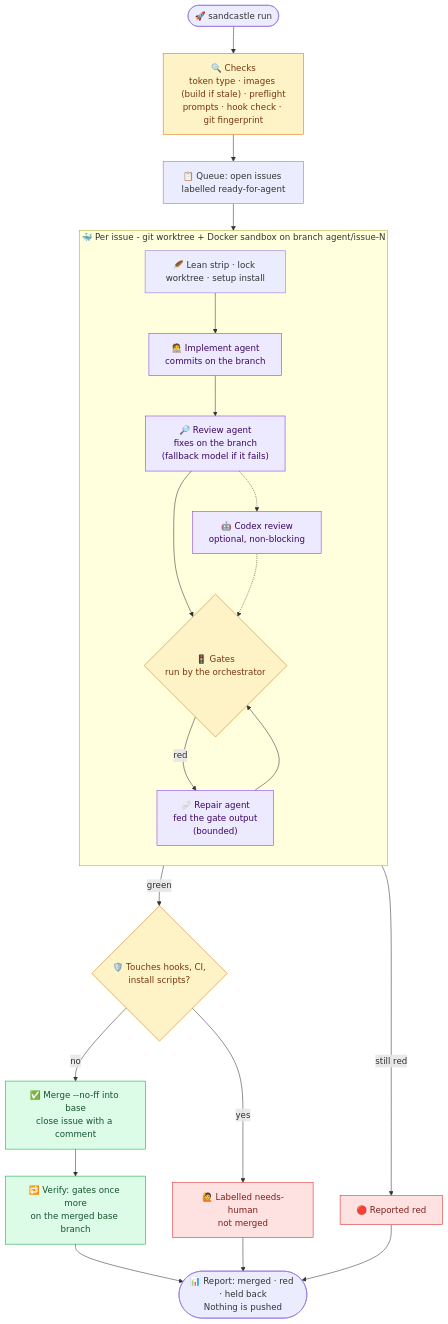
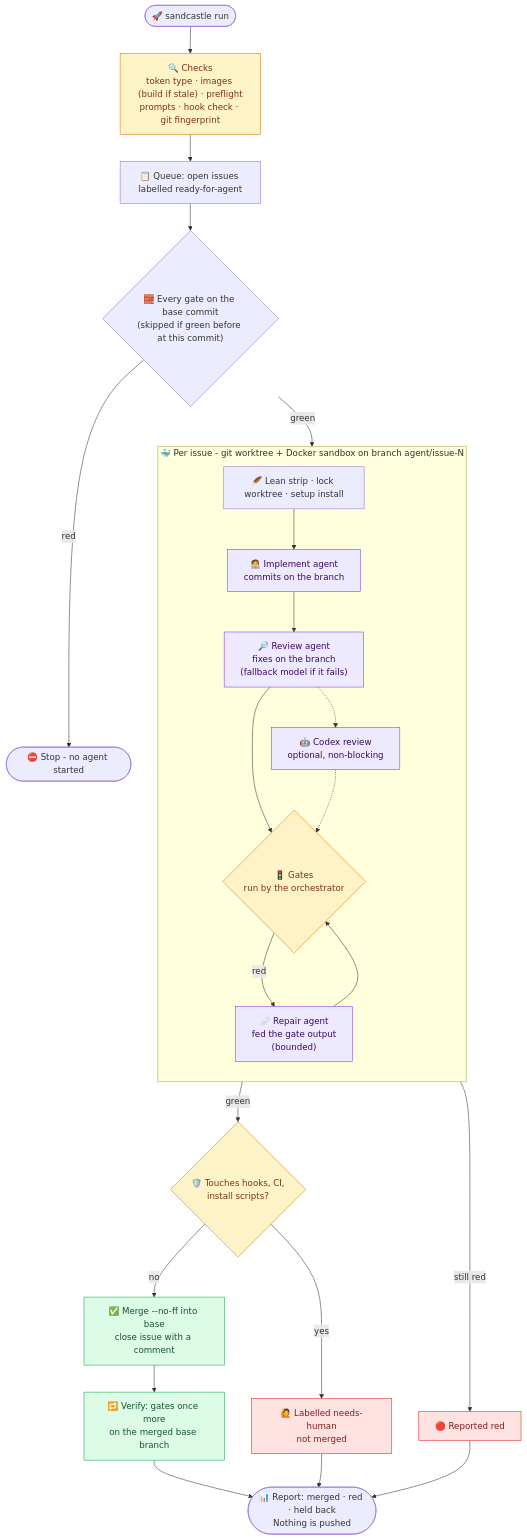
Before and after one commit to henkisdabro/sandcastle-kit: the second of 3 diagrams in README.md, drawn with Mermaid. The commit also changed other lines of this file and 13 other files, not shown here.

````diff
--- a/README.md
+++ b/README.md
@@ -143,35 +144,37 @@
 ```mermaid
 flowchart TD
     S(["🚀 sandcastle run"]) --> P["🔍 Checks<br/>token type · images (build if stale) · preflight<br/>prompts · hook check · git fingerprint"]
     P --> Q["📋 Queue: open issues labelled ready-for-agent"]
-    Q --> W
+    Q --> B{"🧱 Every gate on the base commit<br/>(skipped if green before at this commit)"}
+    B -- "red" --> STOP(["⛔ Stop - no agent started"])
+    B -- "green" --> W
 
     subgraph W ["🐳 Per issue - git worktree + Docker sandbox on branch agent/issue-N"]
         direction TB
         L["🪶 Lean strip · lock worktree · setup install"] --> I["🧑‍💻 Implement agent<br/>commits on the branch"]
         I --> R["🔎 Review agent<br/>fixes on the branch<br/>(fallback model if it fails)"]
         R -.-> X["🤖 Codex review<br/>optional, non-blocking"]
         R --> G{"🚦 Gates<br/>run by the orchestrator"}
         X -.-> G
         G -- "red" --> FX["🩹 Repair agent<br/>fed the gate output<br/>(bounded)"]
         FX --> G
     end
 
     G -- "green" --> PP{"🛡️ Touches hooks, CI,<br/>install scripts?"}
     G -- "still red" --> RED["🔴 Reported red"]
     PP -- "no" --> M["✅ Merge --no-ff into base<br/>close issue with a comment"]
     PP -- "yes" --> NH["🙋 Labelled needs-human<br/>not merged"]
     M --> V["🔁 Verify: gates once more<br/>on the merged base branch"]
     V --> REP(["📊 Report: merged · red · held back<br/>Nothing is pushed"])
     RED --> REP
     NH --> REP
 
     classDef ok fill:#dcfce7,stroke:#16a34a,color:#14532d
     classDef bad fill:#fee2e2,stroke:#dc2626,color:#7f1d1d
     classDef agent fill:#ede9fe,stroke:#7c3aed,color:#3b0764
     classDef gate fill:#fef3c7,stroke:#d97706,color:#78350f
     class M,V ok
     class RED,NH bad
     class I,R,X,FX agent
     class G,PP,P gate
 ```
````
